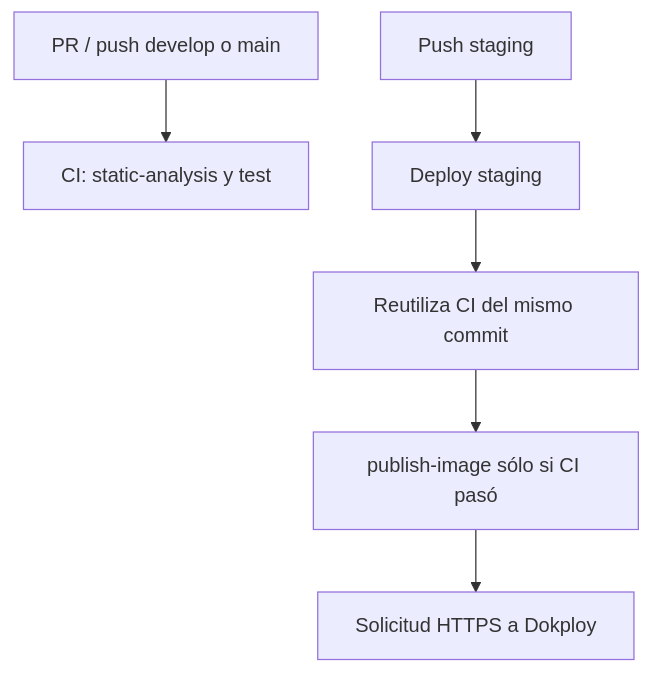
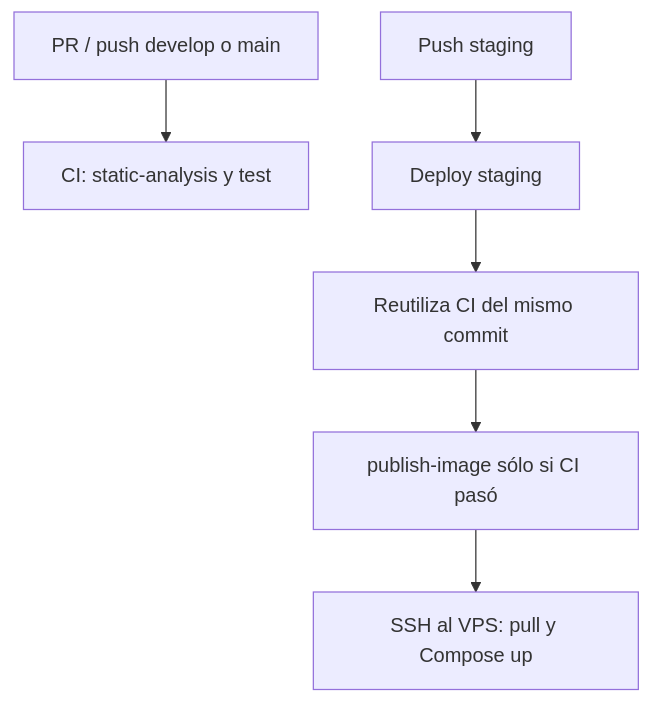
The diagram in docs/INTEGRACION-CONTINUA.md (TypeItOrg/bemol-api), drawn with Mermaid before and after one commit. The commit also changed other lines of this file and 1 other file, not shown here.

Commit message:
ci(staging): deploy published images over ssh

````diff
--- a/docs/INTEGRACION-CONTINUA.md
+++ b/docs/INTEGRACION-CONTINUA.md
@@ -23,8 +23,8 @@
 ```mermaid
 flowchart TD
     PR[PR / push develop o main] --> CI[CI: static-analysis y test]
     ST[Push staging] --> DS[Deploy staging]
     DS --> RC[Reutiliza CI del mismo commit]
     RC --> PI[publish-image sólo si CI pasó]
-    PI --> DEP[Solicitud HTTPS a Dokploy]
+    PI --> DEP[SSH al VPS: pull y Compose up]
 ```
````
